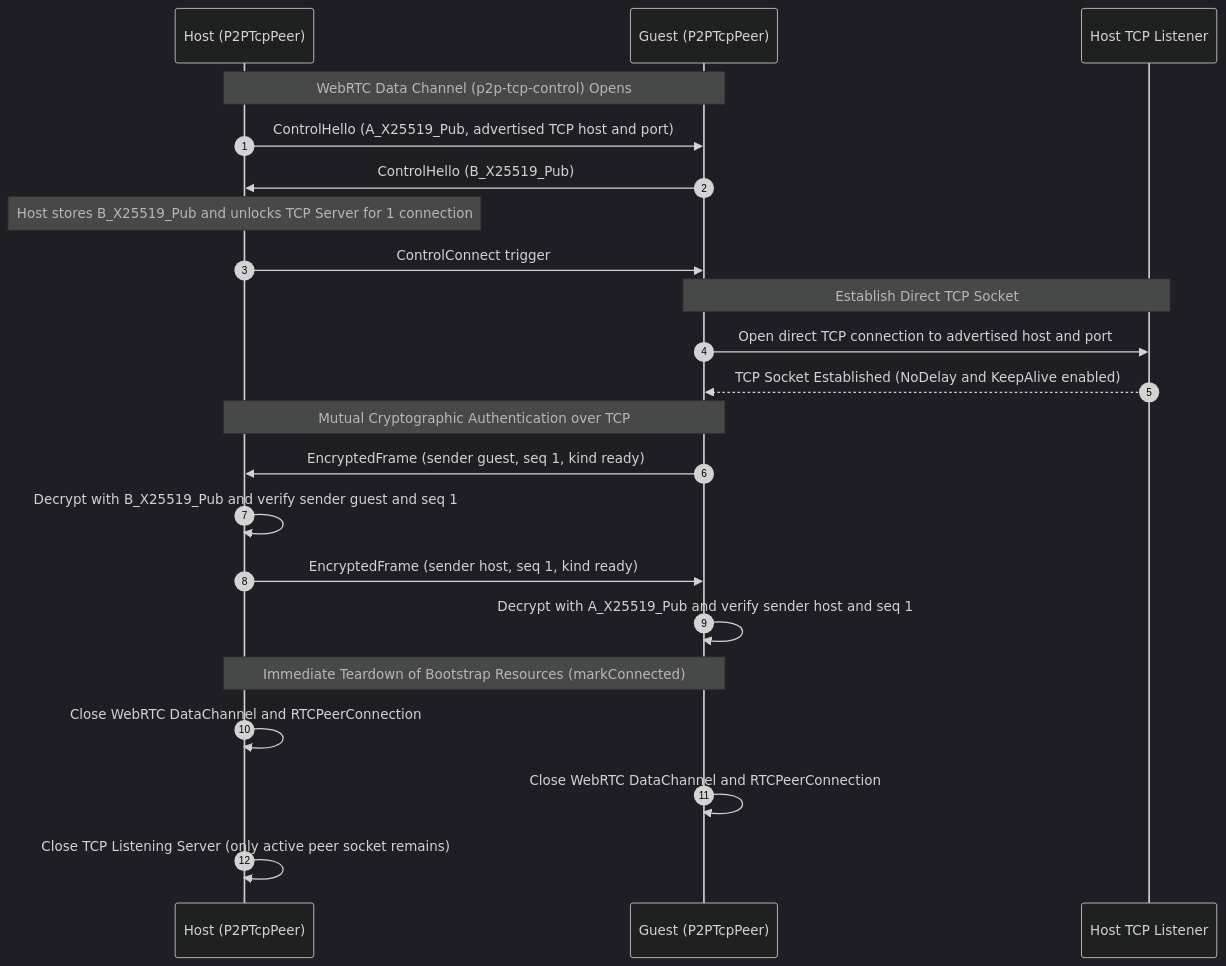
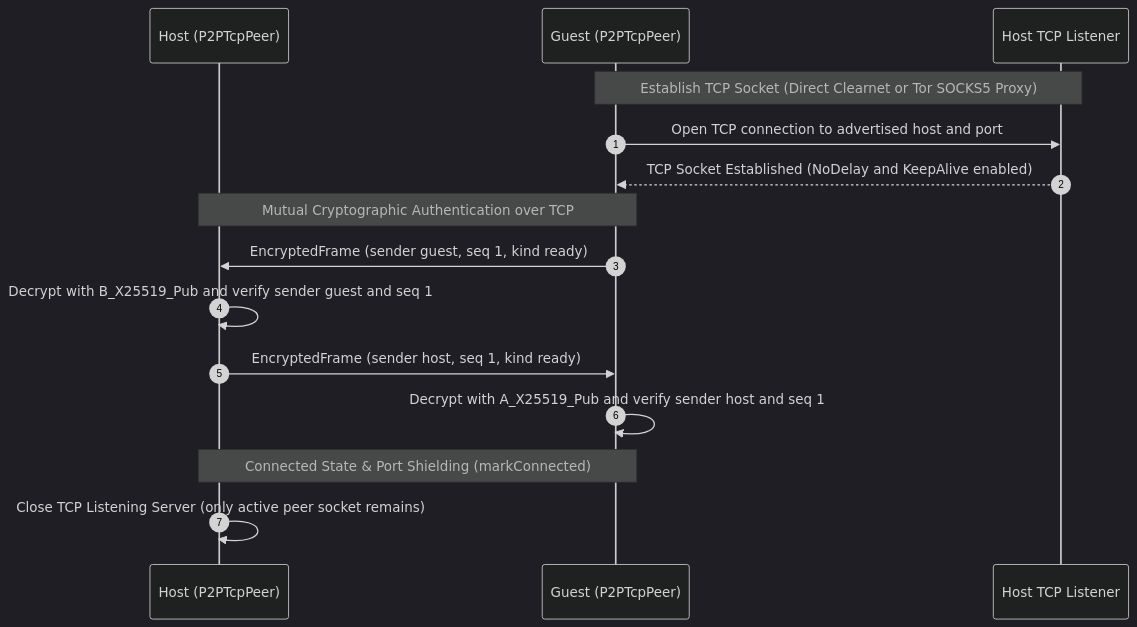
The third of 6 diagrams in docs/HOW_IT_WORKS.md (harbouli/fprot), drawn with Mermaid (dark theme) before and after one commit. The commit also changed other lines of this file and 26 other files, not shown here.

Commit message:
feat: add Tor and SOCKS5 proxy support for TCP connections and peers

````diff
--- a/docs/HOW_IT_WORKS.md
+++ b/docs/HOW_IT_WORKS.md
@@ -221,28 +218,20 @@
 ```mermaid
 sequenceDiagram
     autonumber
     participant A as Host (P2PTcpPeer)
     participant B as Guest (P2PTcpPeer)
     participant TCP_A as Host TCP Listener
 
-    Note over A,B: WebRTC Data Channel (p2p-tcp-control) Opens
-    A->>B: ControlHello (A_X25519_Pub, advertised TCP host and port)
-    B->>A: ControlHello (B_X25519_Pub)
-    Note over A: Host stores B_X25519_Pub and unlocks TCP Server for 1 connection
-    A->>B: ControlConnect trigger
-
-    Note over B,TCP_A: Establish Direct TCP Socket
-    B->>TCP_A: Open direct TCP connection to advertised host and port
+    Note over B,TCP_A: Establish TCP Socket (Direct Clearnet or Tor SOCKS5 Proxy)
+    B->>TCP_A: Open TCP connection to advertised host and port
     TCP_A-->>B: TCP Socket Established (NoDelay and KeepAlive enabled)
     
     Note over A,B: Mutual Cryptographic Authentication over TCP
     B->>A: EncryptedFrame (sender guest, seq 1, kind ready)
     A->>A: Decrypt with B_X25519_Pub and verify sender guest and seq 1
     A->>B: EncryptedFrame (sender host, seq 1, kind ready)
     B->>B: Decrypt with A_X25519_Pub and verify sender host and seq 1
 
-    Note over A,B: Immediate Teardown of Bootstrap Resources (markConnected)
-    A->>A: Close WebRTC DataChannel and RTCPeerConnection
-    B->>B: Close WebRTC DataChannel and RTCPeerConnection
+    Note over A,B: Connected State & Port Shielding (markConnected)
     A->>A: Close TCP Listening Server (only active peer socket remains)
 ```
````
